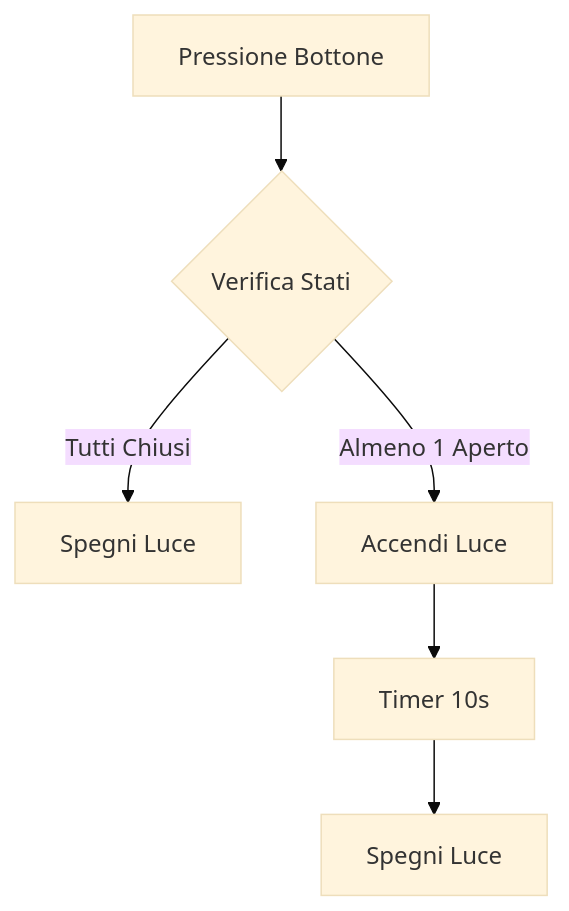
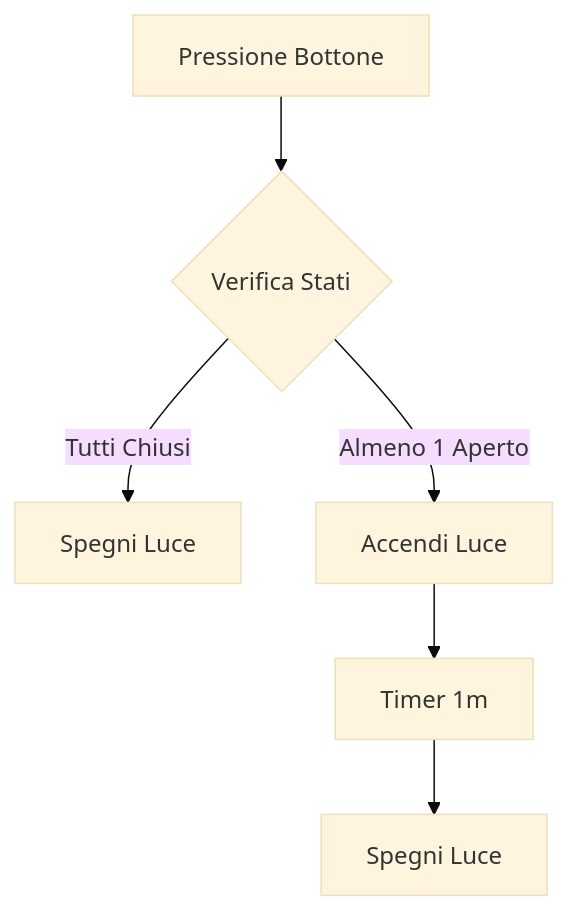
One commit to msillano/IoTwebUI changed the diagram in patterns/test stato sensori.md. Above: the diagram before and after it, drawn with Mermaid (base theme).

Commit message:
Update test stato sensori.md

````diff
--- a/patterns/test stato sensori.md
+++ b/patterns/test stato sensori.md
@@ -94,8 +94,8 @@
 ```mermaid
 graph TD
     A[Pressione Bottone] --> B{Verifica Stati}
     B -->|Tutti Chiusi| C[Spegni Luce]
     B -->|Almeno 1 Aperto| D[Accendi Luce]
-    D --> E[Timer 10s]
+    D --> E[Timer 1m]
     E --> F[Spegni Luce]
 ```
````
